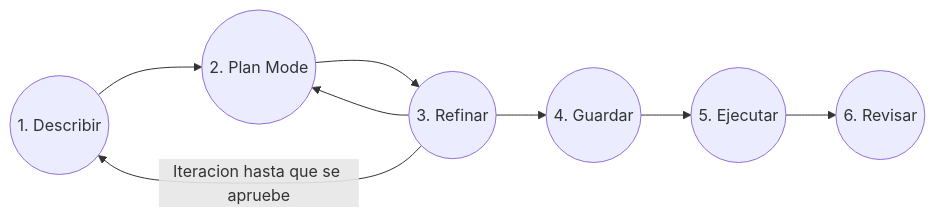
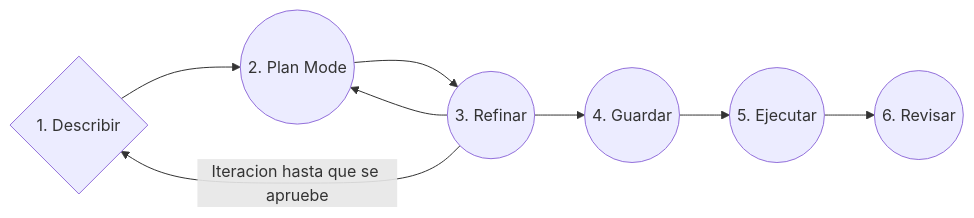
The diagram in OpenCode/SpecDrivenDevelopment.md (sramire3000/documentacion), drawn with Mermaid before and after one commit.

````diff
--- a/OpenCode/SpecDrivenDevelopment.md
+++ b/OpenCode/SpecDrivenDevelopment.md
@@ -4,10 +4,10 @@
 ```mermaid
 graph LR
-A((1. Describir)) --> B((2. Plan Mode))
+A{1. Describir} --> B((2. Plan Mode))
 B --> C((3. Refinar))
 C -- Iteracion hasta que se apruebe --> A
 C --> B
 C --> D((4. Guardar))
 D --> E((5. Ejecutar))
 E --> F((6. Revisar))
 ```
````
